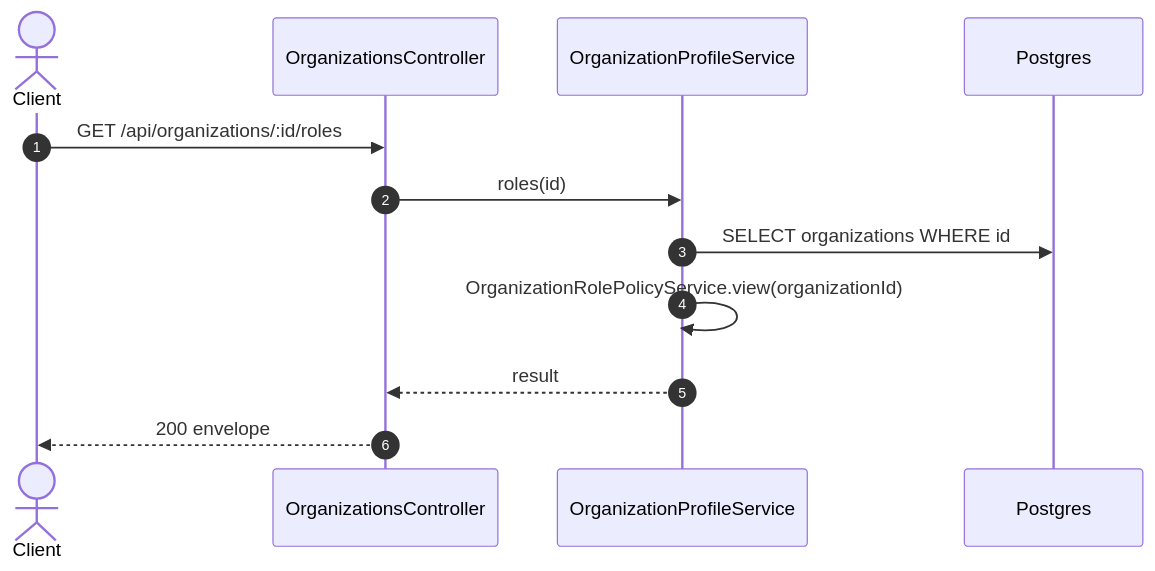
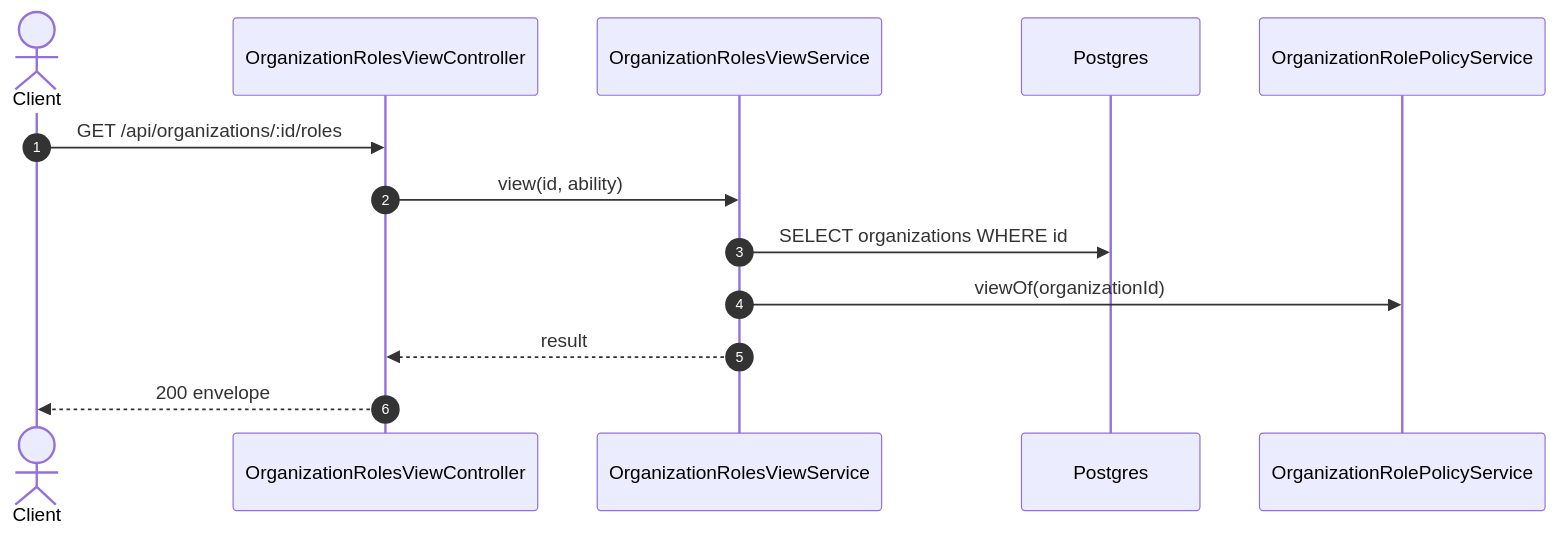
The second of 2 diagrams in specs/organizations/api-design/33-get-organizations-id-roles.md (TrekLink-Team/treklink-web), drawn with Mermaid before and after one commit. The commit also changed other lines of this file and 12 other files, not shown here.

First line of the commit message:
feat(organizations): read-only roles of one organization, GET /api/organizations/:id/roles

````diff
--- a/specs/organizations/api-design/33-get-organizations-id-roles.md
+++ b/specs/organizations/api-design/33-get-organizations-id-roles.md
@@ -148,14 +150,15 @@
 ```mermaid
 sequenceDiagram
     autonumber
     actor C as Client
-    participant Ctl as OrganizationsController
-    participant Svc as OrganizationProfileService
+    participant Ctl as OrganizationRolesViewController
+    participant Svc as OrganizationRolesViewService
     participant DB as Postgres
+    participant Auth as OrganizationRolePolicyService
     C->>Ctl: GET /api/organizations/:id/roles
-    Ctl->>Svc: roles(id)
+    Ctl->>Svc: view(id, ability)
     Svc->>DB: SELECT organizations WHERE id
-    Svc->>Svc: OrganizationRolePolicyService.view(organizationId)
+    Svc->>Auth: viewOf(organizationId)
     Svc-->>Ctl: result
     Ctl-->>C: 200 envelope
 ```
````
